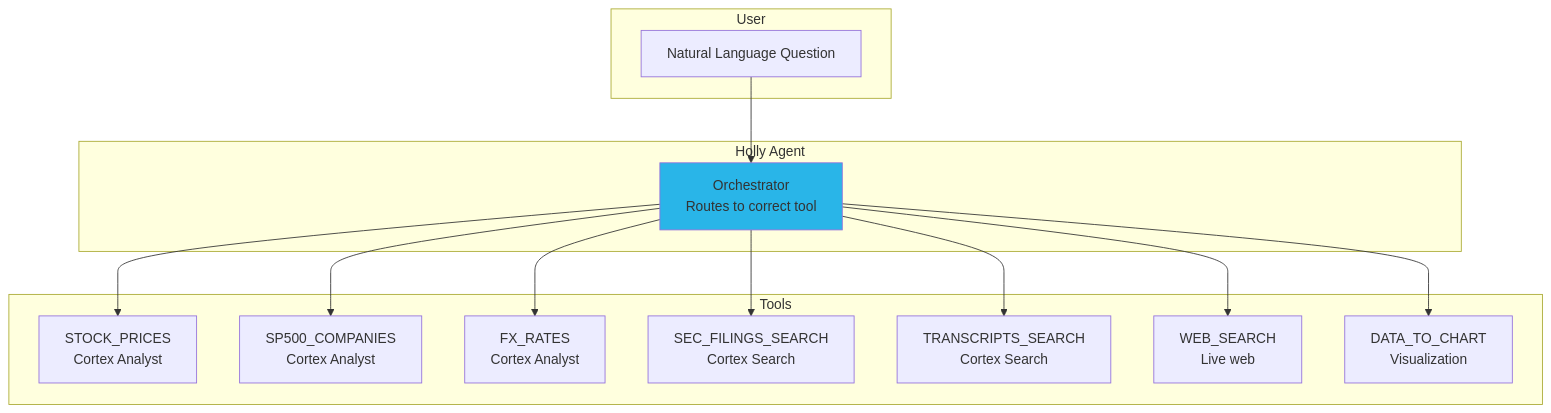
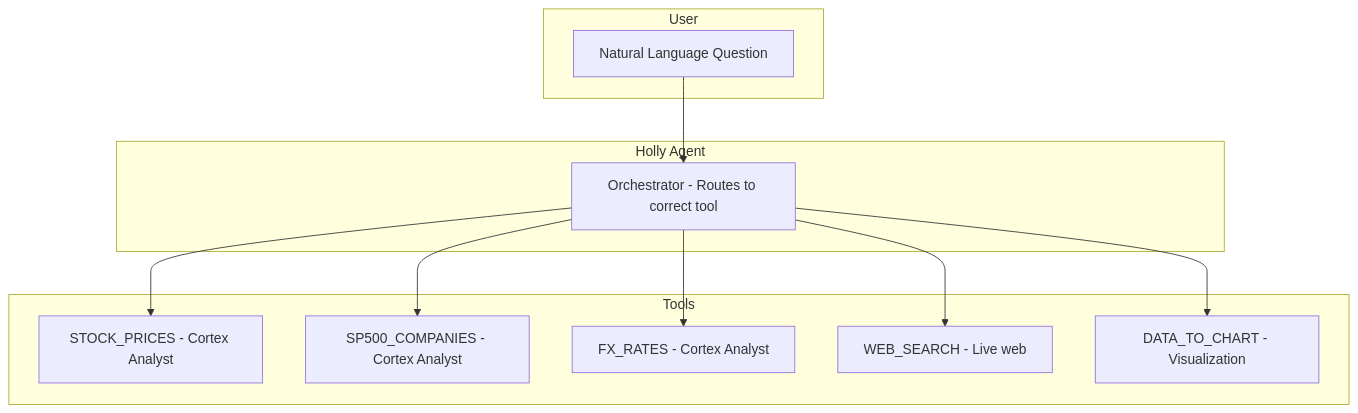
One commit to sfc-gh-cmoynihan/holly-labs changed the diagram in step_6_holly_agent/step6_readme.md. Above: the diagram before and after it, drawn with Mermaid. The commit also changed other lines of this file and 13 other files, not shown here.

First line of the commit message:
Remove Cortex Search: 9 steps to 8, 7 tools to 5

````diff
--- a/step_6_holly_agent/step6_readme.md
+++ b/step_6_holly_agent/step6_readme.md
@@ -9,31 +9,25 @@
 ```mermaid
 graph TD
-    subgraph "User"
+    subgraph User
         U[Natural Language Question]
     end
 
-    subgraph "Holly Agent"
-        O[Orchestrator<br/>Routes to correct tool]
+    subgraph HollyAgent [Holly Agent]
+        O[Orchestrator - Routes to correct tool]
     end
 
-    subgraph "Tools"
-        T1[STOCK_PRICES<br/>Cortex Analyst]
-        T2[SP500_COMPANIES<br/>Cortex Analyst]
-        T3[FX_RATES<br/>Cortex Analyst]
-        T4[SEC_FILINGS_SEARCH<br/>Cortex Search]
-        T5[TRANSCRIPTS_SEARCH<br/>Cortex Search]
-        T6[WEB_SEARCH<br/>Live web]
-        T7[DATA_TO_CHART<br/>Visualization]
+    subgraph Tools
+        T1[STOCK_PRICES - Cortex Analyst]
+        T2[SP500_COMPANIES - Cortex Analyst]
+        T3[FX_RATES - Cortex Analyst]
+        T4[WEB_SEARCH - Live web]
+        T5[DATA_TO_CHART - Visualization]
     end
 
     U --> O
     O --> T1
     O --> T2
     O --> T3
     O --> T4
     O --> T5
-    O --> T6
-    O --> T7
-
-    style O fill:#29B5E8
 ```
````
